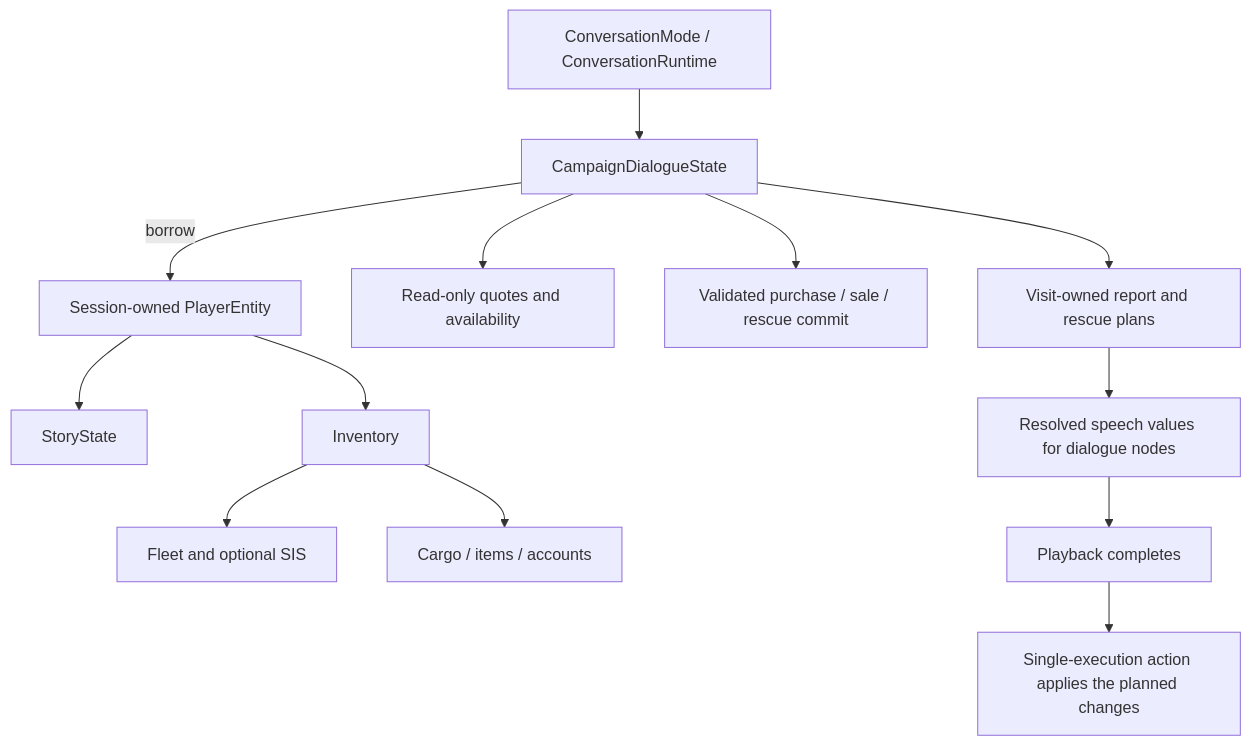
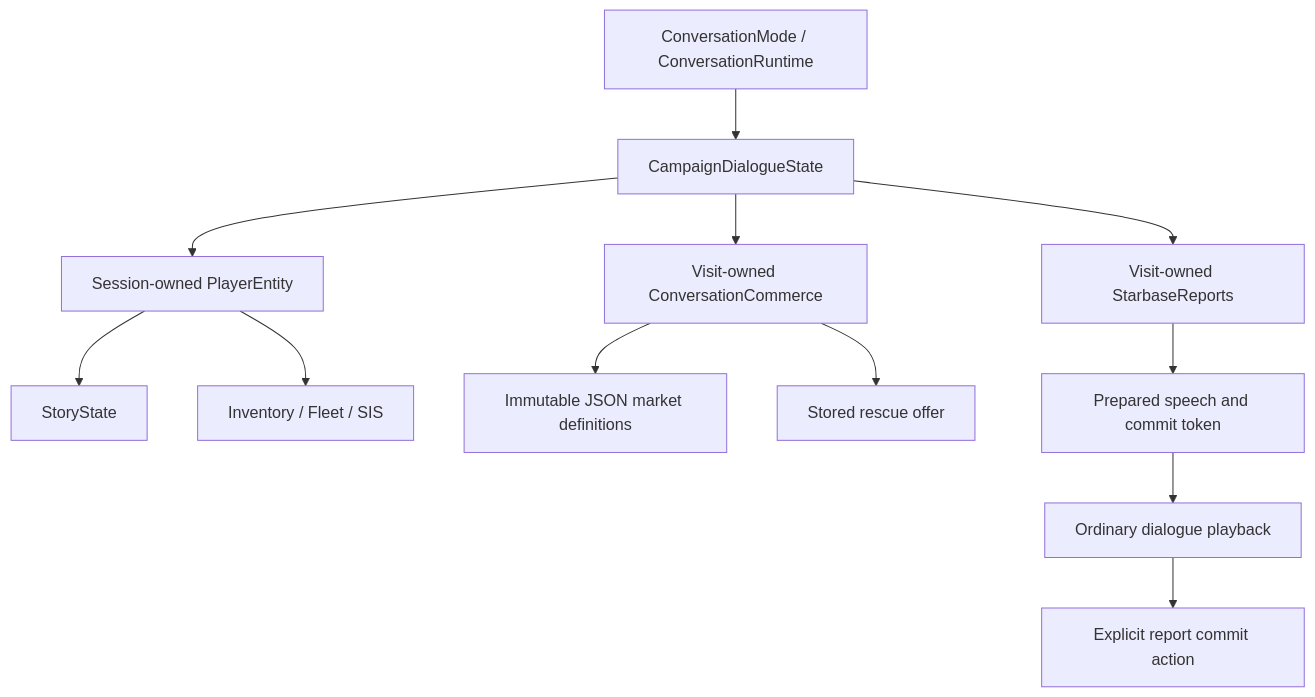
One commit to yost-jacob/uqm-cpp17 changed the diagram in docs/design/conversation/transactions.md. Above: the diagram before and after it, drawn with Mermaid. The commit also changed other lines of this file and 48 other files, not shown here.

Commit message:
Finish Druuge, Melnorme and starbase conversation graphs

````diff
--- a/docs/design/conversation/transactions.md
+++ b/docs/design/conversation/transactions.md
@@ -18,15 +8,14 @@
 ```mermaid
 flowchart TD
     Mode[ConversationMode / ConversationRuntime] --> Adapter[CampaignDialogueState]
-    Adapter -->|borrow| Player[Session-owned PlayerEntity]
+    Adapter --> Player[Session-owned PlayerEntity]
     Player --> Story[StoryState]
-    Player --> Inventory[Inventory]
-    Inventory --> Fleet[Fleet and optional SIS]
-    Inventory --> Cargo[Cargo / items / accounts]
-    Adapter --> Quotes[Read-only quotes and availability]
-    Adapter --> Transactions[Validated purchase / sale / rescue commit]
-    Adapter --> Reports[Visit-owned report and rescue plans]
-    Reports --> Speech[Resolved speech values for dialogue nodes]
-    Speech --> Completed[Playback completes]
-    Completed --> Commit[Single-execution action applies the planned changes]
+    Player --> Inventory[Inventory / Fleet / SIS]
+    Adapter --> Commerce[Visit-owned ConversationCommerce]
+    Commerce --> Catalog[Immutable JSON market definitions]
+    Commerce --> Offer[Stored rescue offer]
+    Adapter --> Reports[Visit-owned StarbaseReports]
+    Reports --> Speech[Prepared speech and commit token]
+    Speech --> Playback[Ordinary dialogue playback]
+    Playback --> Commit[Explicit report commit action]
 ```
````
